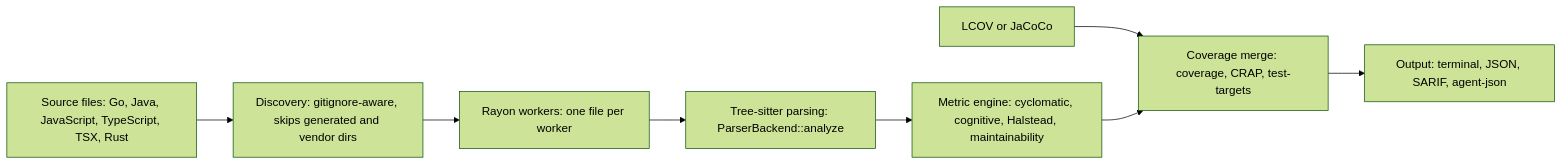
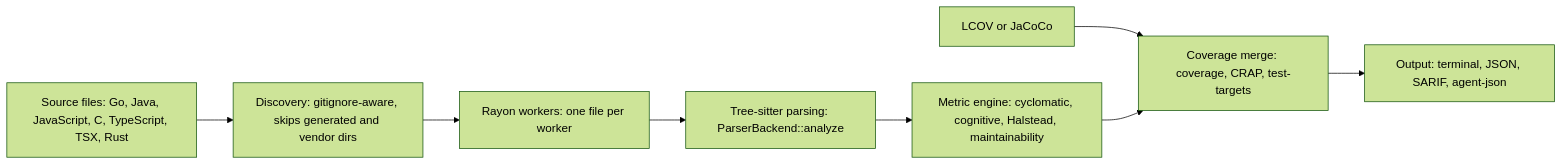
One commit to jbt95/leadline changed the first of 3 diagrams in README.md. Above: the diagram before and after it, drawn with Mermaid (forest theme). The commit also changed other lines of this file and 33 other files, not shown here.

````diff
--- a/README.md
+++ b/README.md
@@ -39,10 +39,10 @@
 ```mermaid
 flowchart LR
-    Sources["Source files: Go, Java, JavaScript, TypeScript, TSX, Rust"] --> Discovery["Discovery: gitignore-aware, skips generated and vendor dirs"]
+    Sources["Source files: Go, Java, JavaScript, C, TypeScript, TSX, Rust"] --> Discovery["Discovery: gitignore-aware, skips generated and vendor dirs"]
     Discovery --> Workers["Rayon workers: one file per worker"]
     Workers --> Parser["Tree-sitter parsing: ParserBackend::analyze"]
     Parser --> Engine["Metric engine: cyclomatic, cognitive, Halstead, maintainability"]
     Coverage["LCOV or JaCoCo"] --> Apply["Coverage merge: coverage, CRAP, test-targets"]
     Engine --> Apply
     Apply --> Output["Output: terminal, JSON, SARIF, agent-json"]
 ```
````
